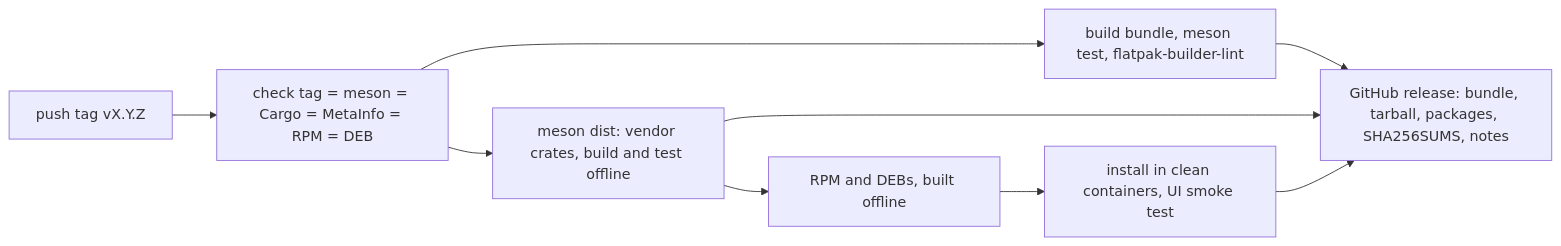
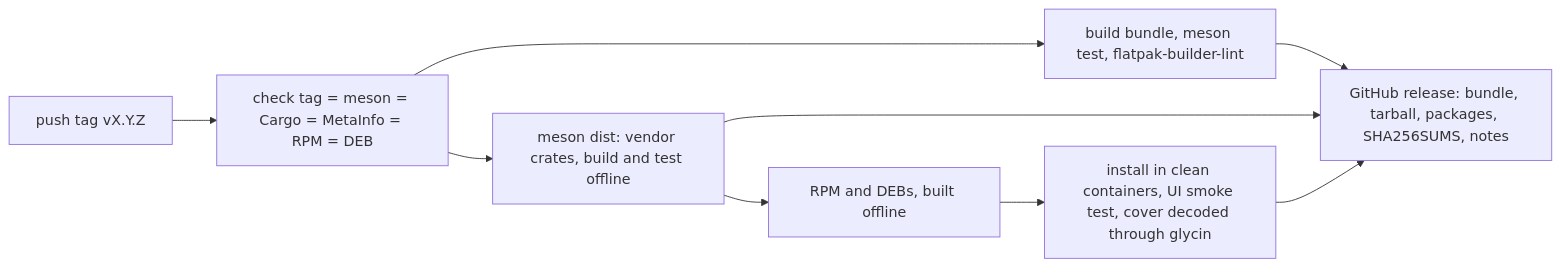
One commit to Tim-van-Oudheusden/pindu-launcher changed the diagram in docs/releasing.md. Above: the diagram before and after it, drawn with Mermaid. The commit also changed 4 other files, not shown here.

First line of the commit message:
ci(packaging): decode a cover through glycin in the package smoke test (#262)

````diff
--- a/docs/releasing.md
+++ b/docs/releasing.md
@@ -8,11 +8,11 @@
 ```mermaid
 flowchart LR
   tag[push tag vX.Y.Z] --> version[check tag = meson = Cargo = MetaInfo = RPM = DEB]
   version --> flatpak[build bundle, meson test, flatpak-builder-lint]
   version --> sources[meson dist: vendor crates, build and test offline]
   sources --> packages[RPM and DEBs, built offline]
-  packages --> smoke[install in clean containers, UI smoke test]
+  packages --> smoke[install in clean containers, UI smoke test, cover decoded through glycin]
   flatpak --> publish[GitHub release: bundle, tarball, packages, SHA256SUMS, notes]
   sources --> publish
   smoke --> publish
 ```
````
